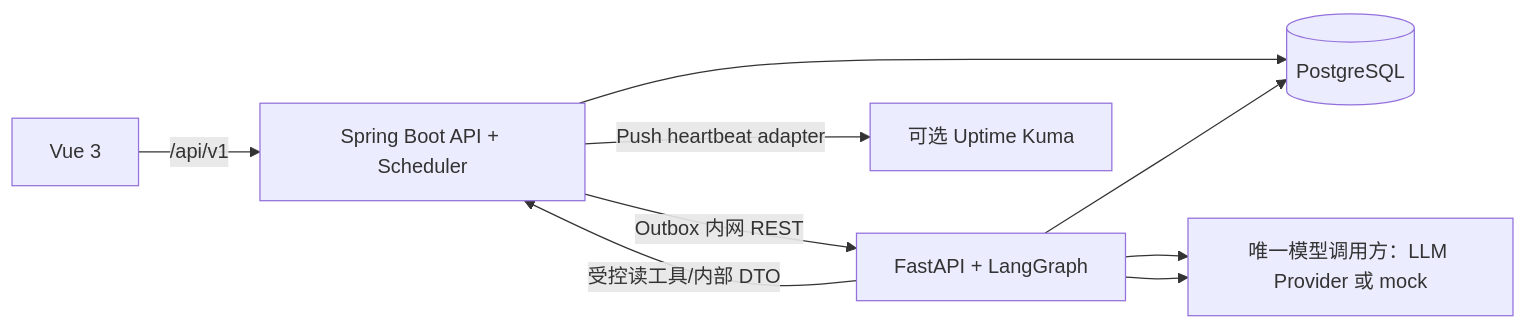
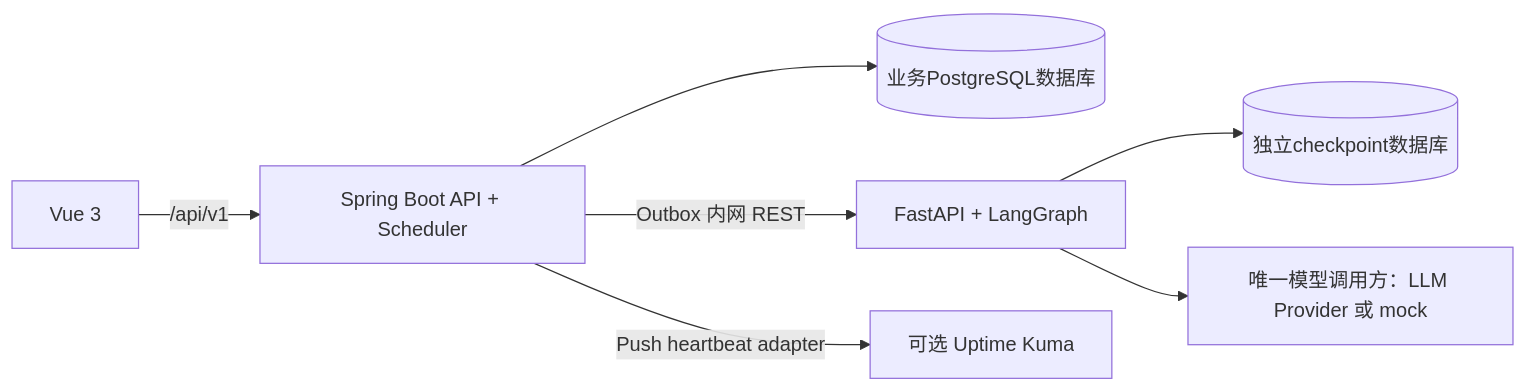
The diagram in docs/05-架构与技术选型.md (kevin-sanas/AgentOps-AI), drawn with Mermaid before and after one commit. The commit also changed other lines of this file and 9 other files, not shown here.

Commit message:
docs: add detailed project guide and architecture diagrams

````diff
--- a/docs/05-架构与技术选型.md
+++ b/docs/05-架构与技术选型.md
@@ -5,11 +5,9 @@
 ```mermaid
 flowchart LR
   U[Vue 3] -->|/api/v1| J[Spring Boot API + Scheduler]
-  J --> DB[(PostgreSQL)]
+  J --> DB[(业务PostgreSQL数据库)]
   J -->|Outbox 内网 REST| A[FastAPI + LangGraph]
-  A -->|受控读工具/内部 DTO| J
-  A --> DB
+  A --> CP[(独立checkpoint数据库)]
   J -->|Push heartbeat adapter| K[可选 Uptime Kuma]
-  A --> L
   A --> L[唯一模型调用方：LLM Provider 或 mock]
 ```
````
